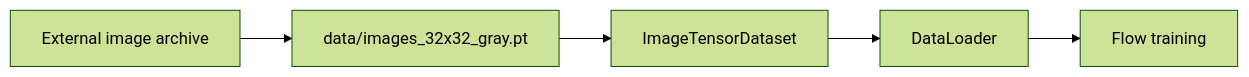
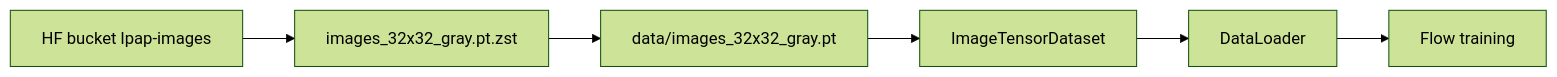
Before and after one commit to matovitch/lpap: the first of 2 diagrams in doc/data-storage.md, drawn with Mermaid (forest theme). The commit also changed other lines of this file and 6 other files, not shown here.

First line of the commit message:
Add public HF image archive download with zstd cache.

````diff
--- a/doc/data-storage.md
+++ b/doc/data-storage.md
@@ -22,10 +35,11 @@
 ```mermaid
 flowchart LR
-    archive[External image archive]
+    bucket[HF bucket lpap-images]
+    zst[images_32x32_gray.pt.zst]
     pt[data/images_32x32_gray.pt]
     dataset[ImageTensorDataset]
     loader[DataLoader]
     training[Flow training]
 
-    archive --> pt --> dataset --> loader --> training
+    bucket --> zst --> pt --> dataset --> loader --> training
 ```
````
